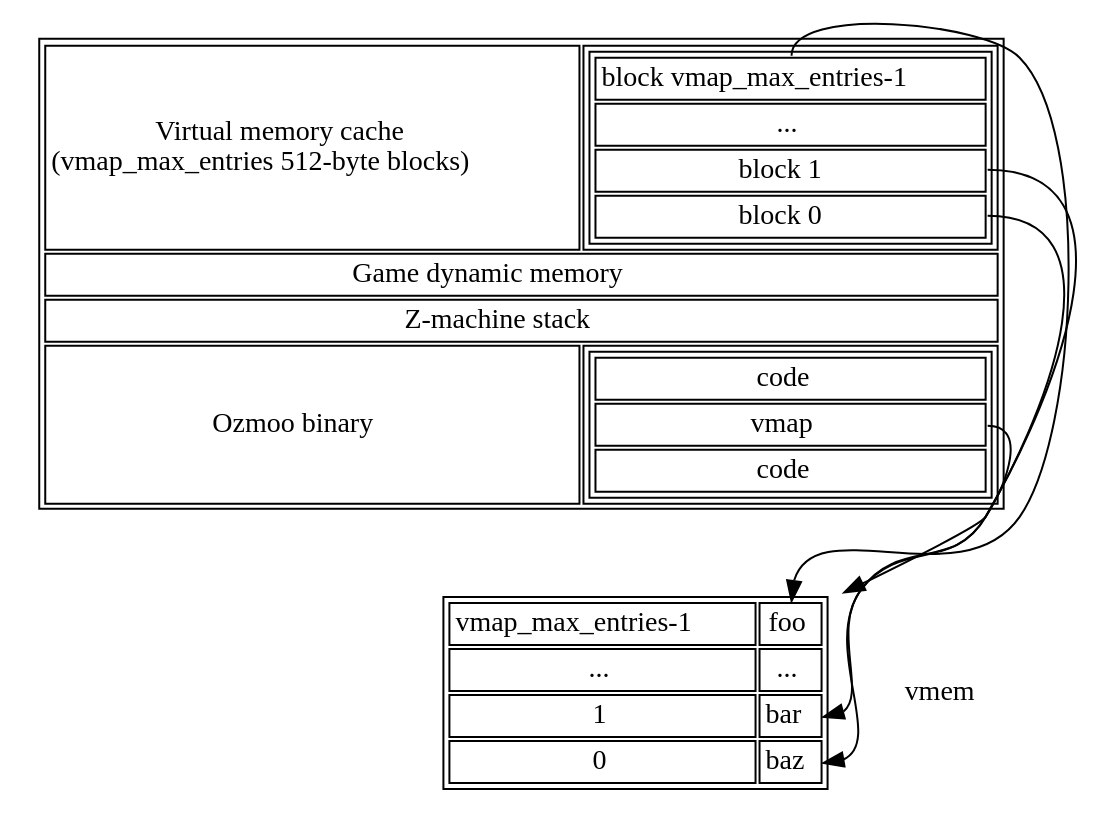
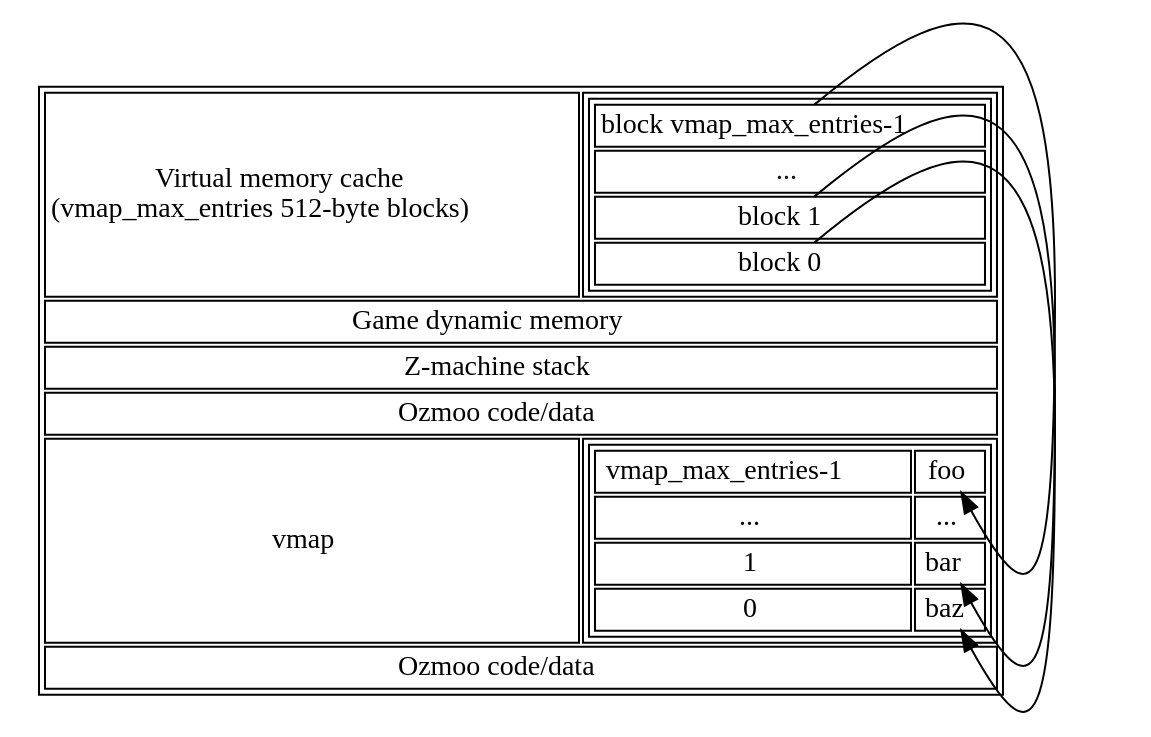
One commit to ZornsLemma/ozmoo changed the diagram in documentation/techdocs/memory-map-1.dot. Above: the diagram before and after it, drawn with Graphviz.

Commit message:
Snapshot

```diff
--- a/documentation/techdocs/memory-map-1.dot
+++ b/documentation/techdocs/memory-map-1.dot
@@ -1,46 +1,37 @@
 digraph memory {
     node [shape=plaintext];
 
     top [label=<
     <table>
         <tr><td>Virtual memory cache<br/>(vmap_max_entries 512-byte blocks)</td>
             <td>
                 <table port="vmem">
                     <tr><td port="lastblock">block vmap_max_entries-1</td></tr>
                     <tr><td>...</td></tr>
                     <tr><td port="block1">block 1</td></tr>
                     <tr><td port="block0">block 0</td></tr>
                 </table>
             </td>
-            </tr>
+        </tr>
         <tr><td colspan="2">Game dynamic memory</td></tr>
         <tr><td colspan="2">Z-machine stack</td></tr>
-        <tr><td>Ozmoo binary</td>
+        <tr><td colspan="2">Ozmoo code/data</td></tr>
+        <tr><td>vmap</td>
             <td>
                 <table>
-                    <tr><td>code</td></tr>
-                    <tr><td port="vmap">vmap</td></tr>
-                    <tr><td>code</td></tr>
+                    <tr><td>vmap_max_entries-1</td><td port="xlastblock">foo</td></tr>
+                    <tr><td>...</td><td>...</td></tr>
+                    <tr><td>1</td><td port="xblock1">bar</td></tr>
+                    <tr><td>0</td><td port="xblock0">baz</td></tr>
                 </table>
-            </td></tr>
+            </td>
+        </tr>
+        <tr><td colspan="2">Ozmoo code/data</td></tr>
     </table>>];
 
-    # vmap [label="{ { vmap_max_entries - 1 | foo } | ... | { 1 | foo } | {0 | foo } }"];
-    vmap [label=<
-         <table>
-            <tr><td>vmap_max_entries-1</td><td port="lastblock">foo</td></tr>
-            <tr><td>...</td><td>...</td></tr>
-            <tr><td>1</td><td port="block1">bar</td></tr>
-            <tr><td>0</td><td port="block0">baz</td></tr>
-         </table>>];
-
-    { rank = same; vmem vmap };
-
-    top:vmap -> vmap;
-    top:lastblock -> vmap:lastblock;
-    top:block1 -> vmap:block1;
-    top:block0 -> vmap:block0;
+    top:lastblock -> top:xlastblock;
+    top:block1 -> top:xblock1;
+    top:block0 -> top:xblock0;
 }
 
 # vi: sw=4 sts=4
-    #{ { Virtual memory cache \n (vmap_max_entries 512-byte blocks) | { <lastblock> block vmap_max_entries - 1 | ... | <block1> block 1 | <block0> block 0 } } | Game dynamic memory | Z-machine stack | { Ozmoo binary | { code | <vmap> vmap | code } } }"];
```
